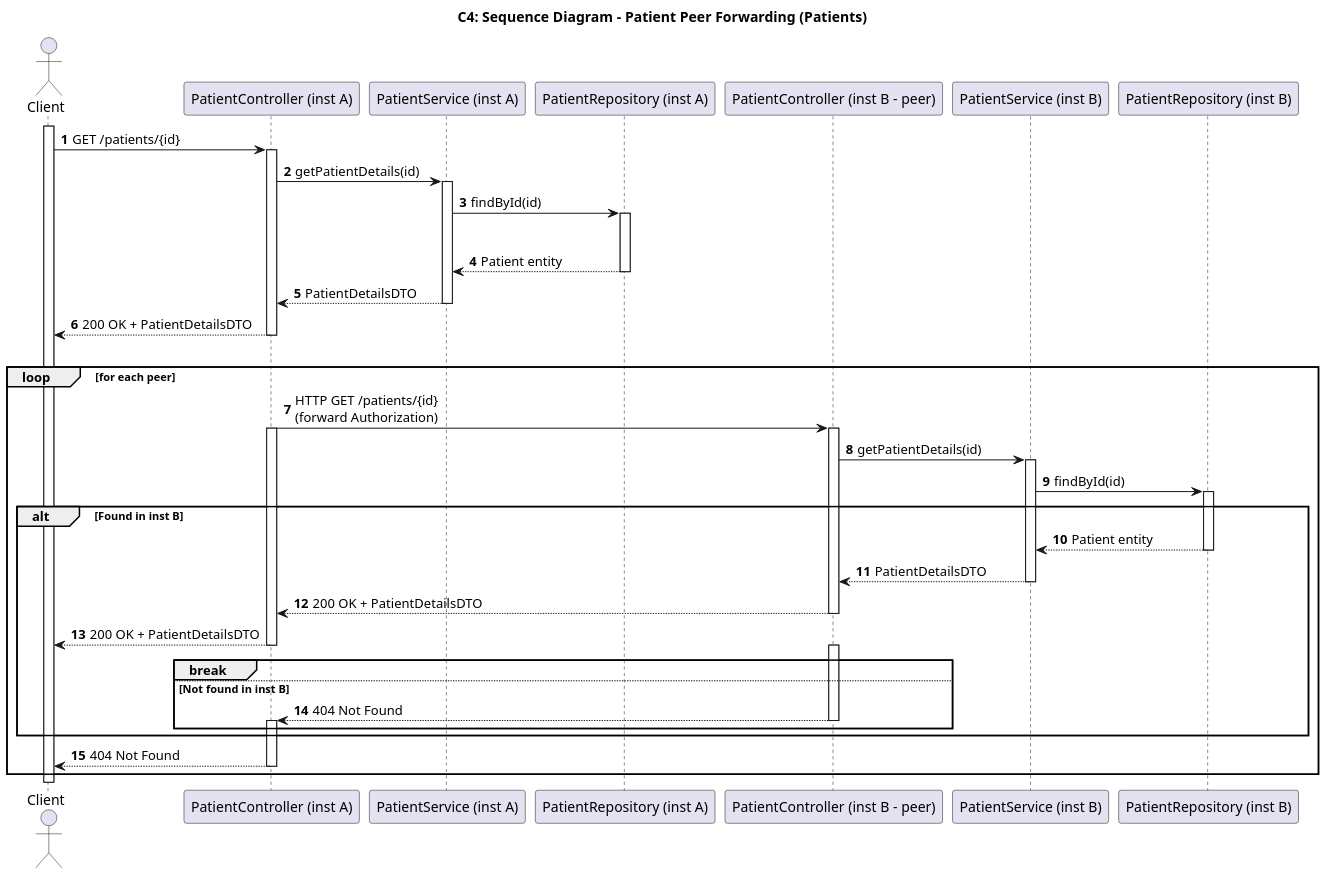
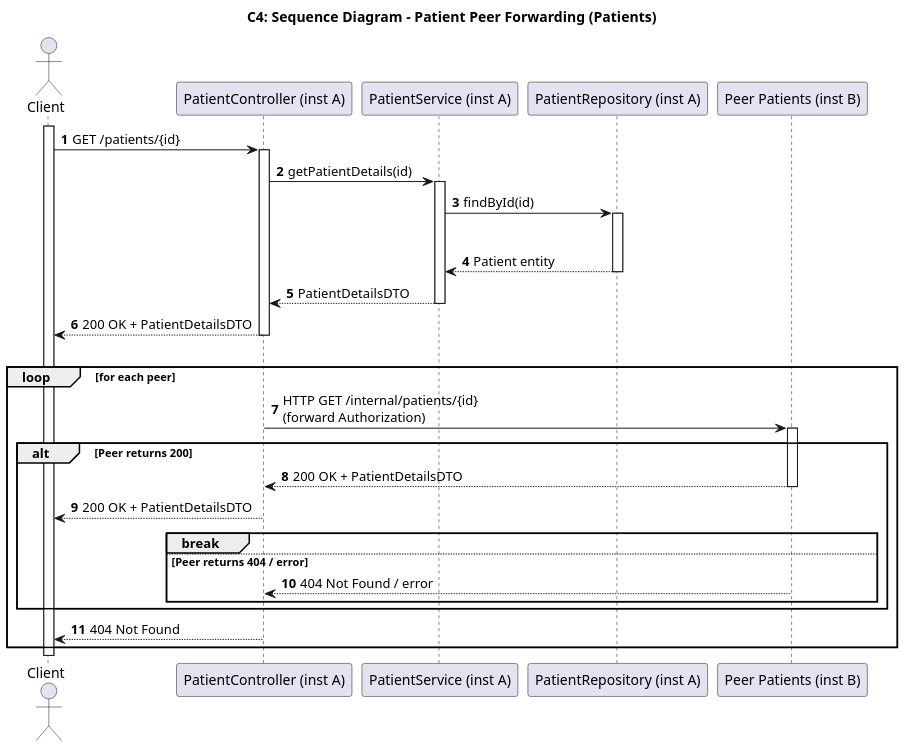
Before and after one commit to pedrods05/LETI_SIDIS_3DA_6: the diagram in DOCS/C4+1/C4+1-PatientPeerForwarding-Sequence.puml, drawn with PlantUML. The commit also changed other lines of this file and 8 other files, not shown here.

Commit message:
diagramas

```diff
--- a/DOCS/C4+1/C4+1-PatientPeerForwarding-Sequence.puml
+++ b/DOCS/C4+1/C4+1-PatientPeerForwarding-Sequence.puml
@@ -1,70 +1,53 @@
 @startuml
-' C4+1 — Patient peer forwarding SD (layered)
+' C4+1 — Patient peer forwarding SD (alinhado com implementação atual)
 skinparam dpi 150
 skinparam shadowing false
 skinparam DefaultFontName Arial
 
 title C4: Sequence Diagram - Patient Peer Forwarding (Patients)
 
 actor "Client" as C
 participant "PatientController (inst A)" as PC_A
 participant "PatientService (inst A)" as PS_A
 participant "PatientRepository (inst A)" as PREPO_A
-participant "PatientController (inst B - peer)" as PC_B
-participant "PatientService (inst B)" as PS_B
-participant "PatientRepository (inst B)" as PREPO_B
+participant "Peer Patients (inst B)" as PEER
 
 activate C
 autonumber
 C -> PC_A : GET /patients/{id}
 activate PC_A
 PC_A -> PS_A : getPatientDetails(id)
 activate PS_A
 PS_A -> PREPO_A : findById(id)
 activate PREPO_A
-alt Found in inst A
+alt Found locally (inst A)
   PREPO_A --> PS_A : Patient entity
   deactivate PREPO_A
   PS_A --> PC_A : PatientDetailsDTO
   deactivate PS_A
   PC_A --> C : 200 OK + PatientDetailsDTO
   deactivate PC_A
-else Not found in inst A
-  ' close repository and service without explicit null/NotFound arrows
+else Not found locally (inst A)
   deactivate PREPO_A
   deactivate PS_A
-  ' Try peers sequentially
+  ' Try peers sequentially using INTERNAL endpoint
   loop for each peer
-    PC_A -> PC_B : HTTP GET /patients/{id}\n(forward Authorization)
-    activate PC_A
-    activate PC_B
-    PC_B -> PS_B : getPatientDetails(id)
-    activate PS_B
-    PS_B -> PREPO_B : findById(id)
-    activate PREPO_B
-    alt Found in inst B
-      PREPO_B --> PS_B : Patient entity
-      deactivate PREPO_B
-      PS_B --> PC_B : PatientDetailsDTO
-      deactivate PS_B
-      PC_B --> PC_A : 200 OK + PatientDetailsDTO
-      deactivate PC_B
+    PC_A -> PEER : HTTP GET /internal/patients/{id}\n(forward Authorization)
+    activate PEER
+    alt Peer returns 200
+      PEER --> PC_A : 200 OK + PatientDetailsDTO
+      deactivate PEER
       PC_A --> C : 200 OK + PatientDetailsDTO
       deactivate PC_A
       break
-    else Not found in inst B
-      ' close repo/service; continue to next peer
-      deactivate PREPO_B
-      deactivate PS_B
-      activate PC_B
-      PC_B --> PC_A : 404 Not Found
-      deactivate PC_B
-      activate PC_A
+    else Peer returns 404 / error
+      PEER --> PC_A : 404 Not Found / error
+      deactivate PEER
+      ' continue loop
     end
   end
-  ' No peer returned a hit
   PC_A --> C : 404 Not Found
   deactivate PC_A
 end
 
 @enduml
```
